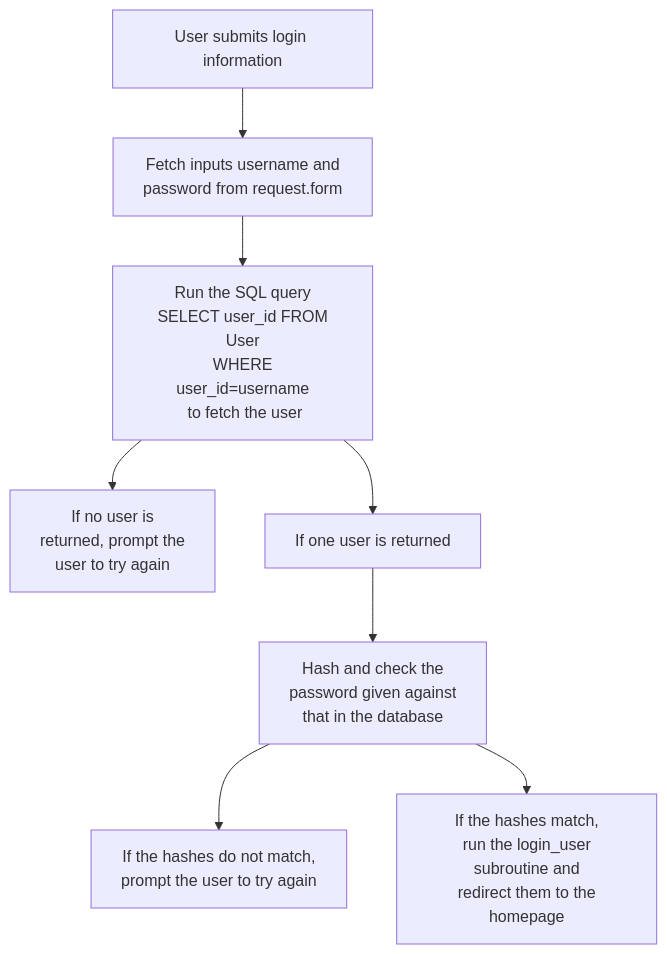
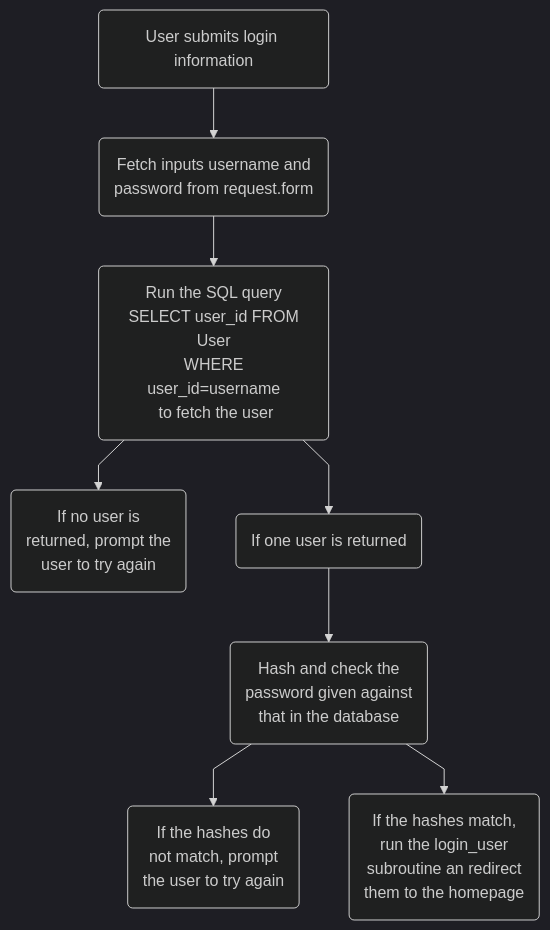
Before and after one commit to tomgxz/Kraken: diagram 11 of 14 in README.md, drawn with Mermaid. The commit also changed other lines of this file, not shown here.

Commit message:
Mermaid Formatting

````diff
--- a/README.md
+++ b/README.md
@@ -541,10 +526,7 @@
 ```mermaid
+%%{init: {'theme':'dark', 'flowchart': {'curve': 'linear'},'themeVariables':{'fontFamily':'Lexend,Noto Sans,Helvetica,Arial'}}}%%
+
 graph TD
-  A[User submits login information] --> B["Fetch inputs username and\n password from request.form"]
-  B --> C["Run the SQL query\n SELECT user_id FROM User\n WHERE user_id=username\n to fetch the user"]
-  C --> D["If no user is\n returned, prompt the\n user to try again"]
-  C --> E["If one user is returned"]
-  E --> F["Hash and check the\n password given against\n that in the database"]
-  F --> G["If the hashes do not match,\n prompt the user to try again"]
-  F --> H["If the hashes match,\n run the login_user subroutine and\n redirect them to the homepage"]
+  A(User submits login information) --> B("Fetch inputs username and\n password from request.form") --> C("Run the SQL query\n SELECT user_id FROM User\n WHERE user_id=username\n to fetch the user") --> D("If no user is\n returned, prompt the\n user to try again") & E("If one user is returned")
+  E --> F("Hash and check the\n password given against\n that in the database") --> G("If the hashes do\n not match, prompt\n the user to try again") & H("If the hashes match,\n run the login_user\n subroutine an redirect\n them to the homepage")
 ```
````
